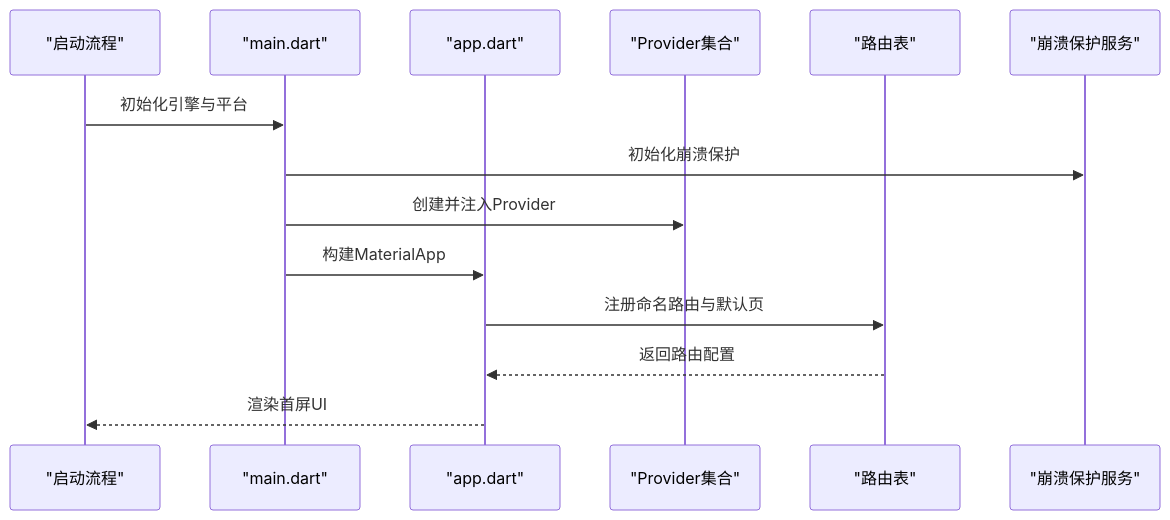
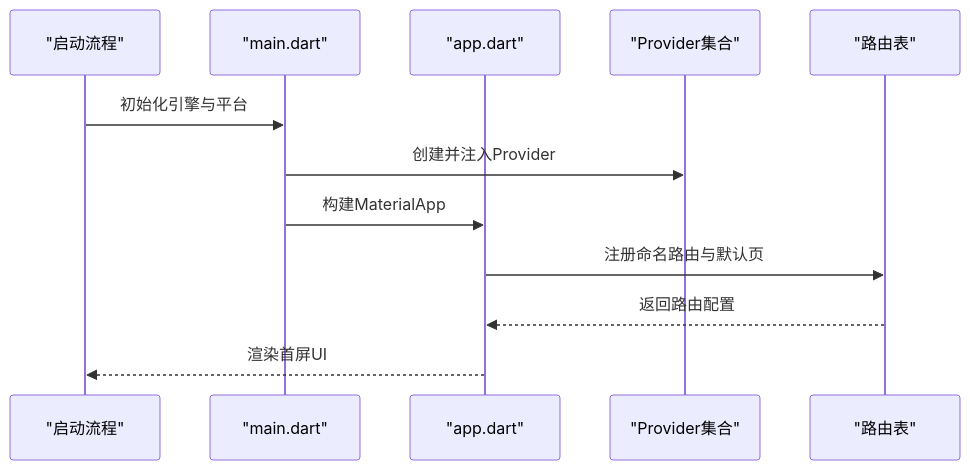
One commit to ZhangGHGitHub/LegadoTeamFlutter changed the third of 8 diagrams in .qoder/repowiki/zh/content/Flutter跨平台应用/Flutter跨平台应用.md. Above: the diagram before and after it, drawn with Mermaid. The commit also changed other lines of this file and 60 other files, not shown here.

````diff
--- a/.qoder/repowiki/zh/content/Flutter跨平台应用/Flutter跨平台应用.md
+++ b/.qoder/repowiki/zh/content/Flutter跨平台应用/Flutter跨平台应用.md
@@ -209,16 +176,14 @@
 ```mermaid
 sequenceDiagram
 participant Boot as "启动流程"
 participant Main as "main.dart"
 participant App as "app.dart"
 participant Providers as "Provider集合"
 participant Router as "路由表"
-participant CrashService as "崩溃保护服务"
 Boot->>Main : 初始化引擎与平台
-Main->>CrashService : 初始化崩溃保护
 Main->>Providers : 创建并注入Provider
 Main->>App : 构建MaterialApp
 App->>Router : 注册命名路由与默认页
 Router-->>App : 返回路由配置
 App-->>Boot : 渲染首屏UI
 ```
````
